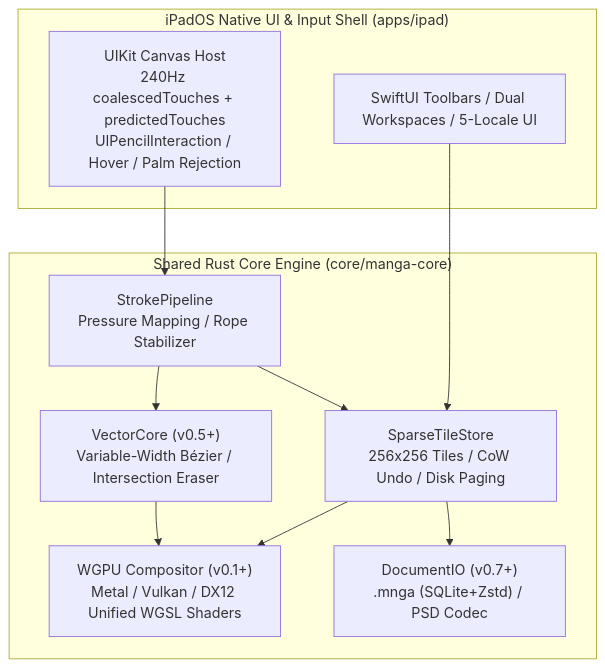
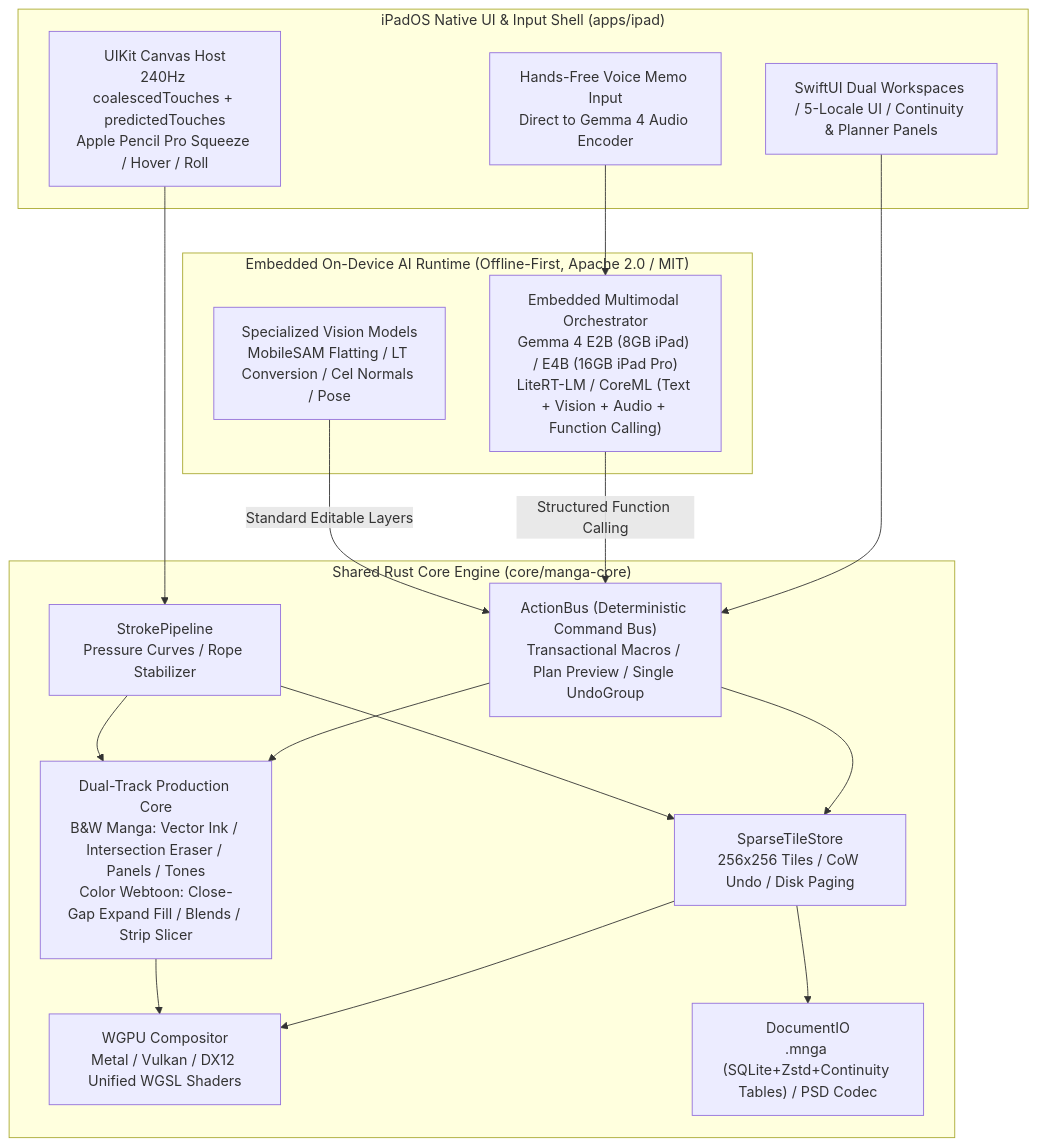
One commit to 70sDushuren/About-Paint-Tools changed the diagram in docs/en/02-architecture-and-tech-stack.md. Above: the diagram before and after it, drawn with Mermaid. The commit also changed other lines of this file and 15 other files, not shown here.

First line of the commit message:
docs: add dual-track priority, embedded Gemma 4 local AI spec, and WBS task breakdown

````diff
--- a/docs/en/02-architecture-and-tech-stack.md
+++ b/docs/en/02-architecture-and-tech-stack.md
@@ -40,23 +40,35 @@
 ```mermaid
 flowchart TD
     subgraph Shell["iPadOS Native UI & Input Shell (apps/ipad)"]
-        View["SwiftUI Toolbars / Dual Workspaces / 5-Locale UI"]
-        Touch["UIKit Canvas Host<br/>240Hz coalescedTouches + predictedTouches<br/>UIPencilInteraction / Hover / Palm Rejection"]
+        View["SwiftUI Dual Workspaces / 5-Locale UI / Continuity & Planner Panels"]
+        Touch["UIKit Canvas Host<br/>240Hz coalescedTouches + predictedTouches<br/>Apple Pencil Pro Squeeze / Hover / Roll"]
+        Voice["Hands-Free Voice Memo Input<br/>Direct to Gemma 4 Audio Encoder"]
     end
 
     subgraph Engine["Shared Rust Core Engine (core/manga-core)"]
-        Stroke["StrokePipeline<br/>Pressure Mapping / Rope Stabilizer"]
+        Bus["ActionBus (Deterministic Command Bus)<br/>Transactional Macros / Plan Preview / Single UndoGroup"]
+        Stroke["StrokePipeline<br/>Pressure Curves / Rope Stabilizer"]
         Tiles["SparseTileStore<br/>256x256 Tiles / CoW Undo / Disk Paging"]
-        Vec["VectorCore (v0.5+)<br/>Variable-Width Bézier / Intersection Eraser"]
-        GPU["WGPU Compositor (v0.1+)<br/>Metal / Vulkan / DX12 Unified WGSL Shaders"]
-        Doc["DocumentIO (v0.7+)<br/>.mnga (SQLite+Zstd) / PSD Codec"]
+        Manga["Dual-Track Production Core<br/>B&W Manga: Vector Ink / Intersection Eraser / Panels / Tones<br/>Color Webtoon: Close-Gap Expand Fill / Blends / Strip Slicer"]
+        GPU["WGPU Compositor<br/>Metal / Vulkan / DX12 Unified WGSL Shaders"]
+        Doc["DocumentIO<br/>.mnga (SQLite+Zstd+Continuity Tables) / PSD Codec"]
+    end
+
+    subgraph LocalAI["Embedded On-Device AI Runtime (Offline-First, Apache 2.0 / MIT)"]
+        Gemma["Embedded Multimodal Orchestrator<br/>Gemma 4 E2B (8GB iPad) / E4B (16GB iPad Pro)<br/>LiteRT-LM / CoreML (Text + Vision + Audio + Function Calling)"]
+        Vision["Specialized Vision Models<br/>MobileSAM Flatting / LT Conversion / Cel Normals / Pose"]
     end
 
     Touch --> Stroke
-    View --> Tiles
+    View --> Bus
+    Voice --> Gemma
+    Gemma -- "Structured Function Calling" --> Bus
+    Vision -- "Standard Editable Layers" --> Bus
+    Bus --> Tiles
+    Bus --> Manga
     Stroke --> Tiles
-    Stroke --> Vec
+    Stroke --> Manga
     Tiles --> GPU
-    Vec --> GPU
+    Manga --> GPU
     Tiles --> Doc
 ```
````
